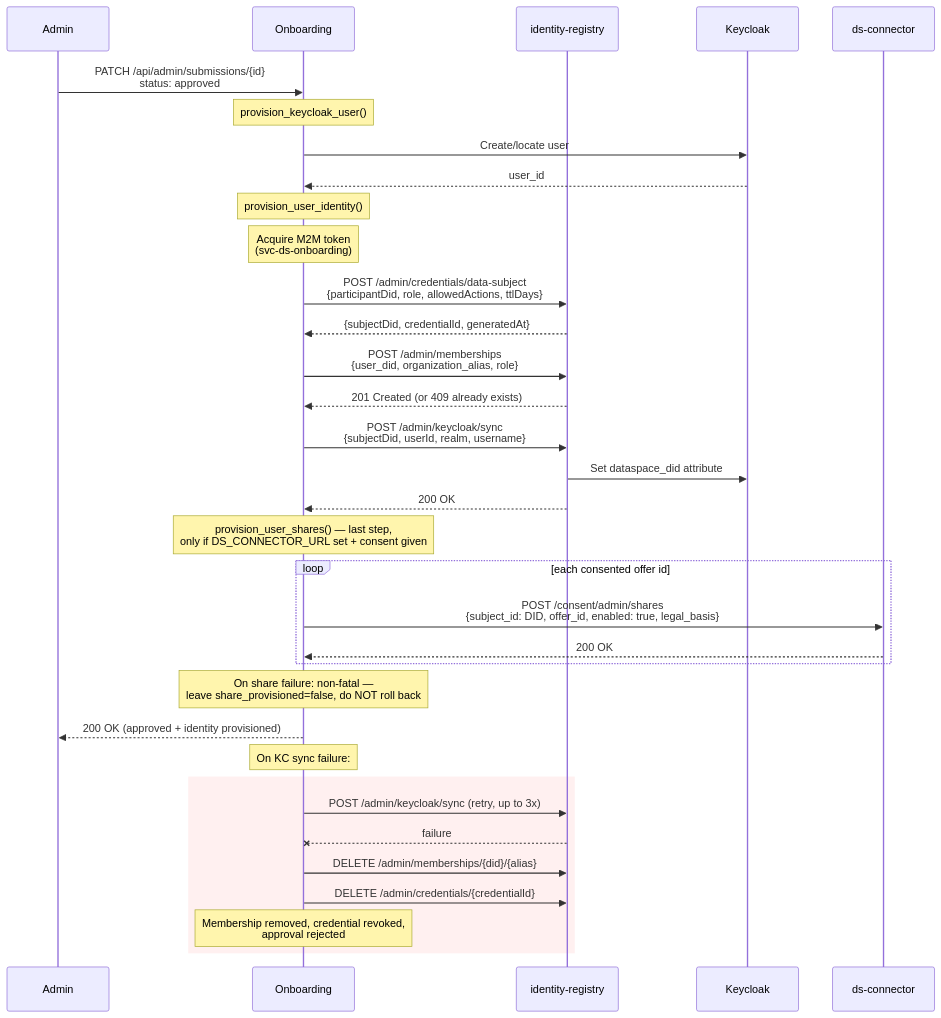
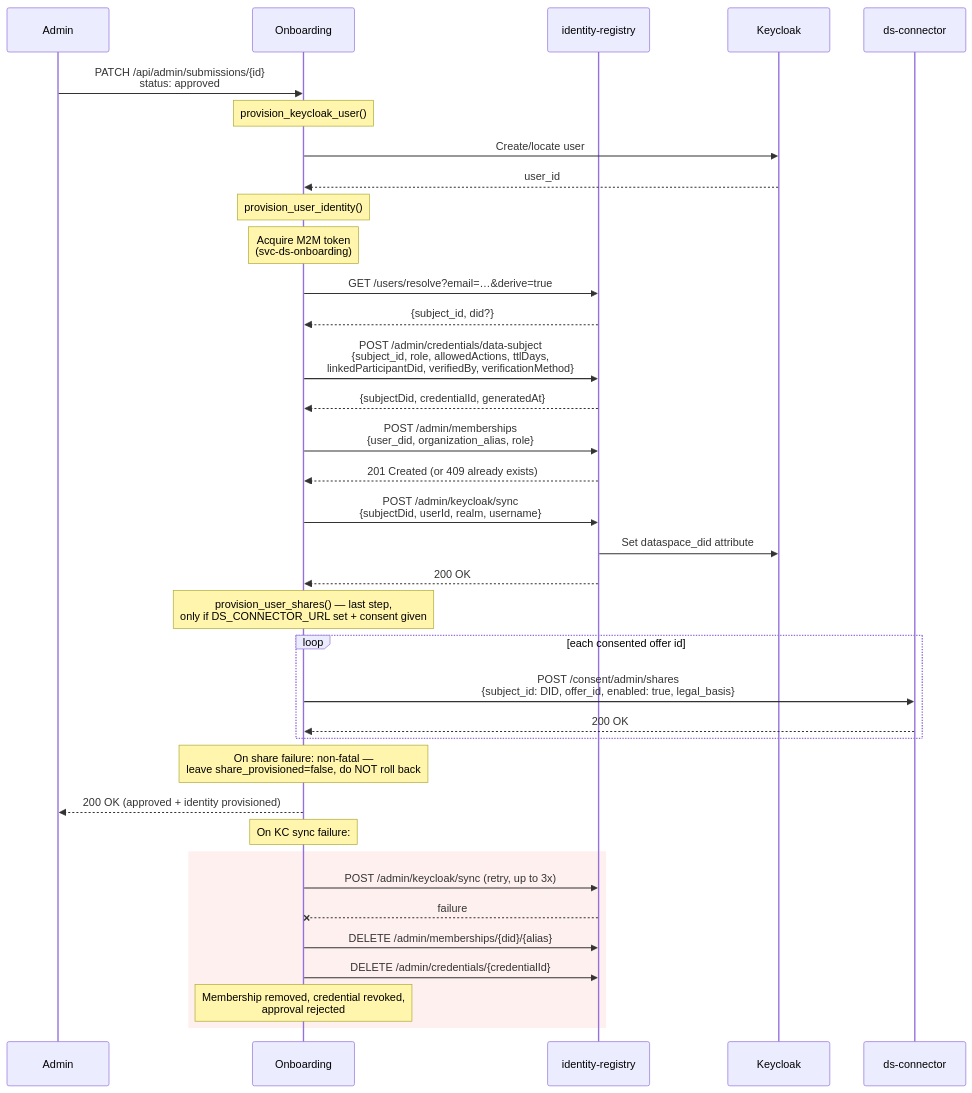
One commit to celine-eu/onboarding changed the diagram in docs/dataspace-integration.md. Above: the diagram before and after it, drawn with Mermaid. The commit also changed other lines of this file and 2 other files, not shown here.

````diff
--- a/docs/dataspace-integration.md
+++ b/docs/dataspace-integration.md
@@ -30,45 +30,48 @@
 ```mermaid
 sequenceDiagram
     participant Admin
     participant Onboarding
     participant IdRegistry as identity-registry
     participant KC as Keycloak
     participant Connector as ds-connector
 
     Admin->>Onboarding: PATCH /api/admin/submissions/{id}<br/>status: approved
 
     Note over Onboarding: provision_keycloak_user()
     Onboarding->>KC: Create/locate user
     KC-->>Onboarding: user_id
 
     Note over Onboarding: provision_user_identity()
 
     Note over Onboarding: Acquire M2M token<br/>(svc-ds-onboarding)
-    Onboarding->>IdRegistry: POST /admin/credentials/data-subject<br/>{participantDid, role, allowedActions, ttlDays}
+    Onboarding->>IdRegistry: GET /users/resolve?email=…&derive=true
+    IdRegistry-->>Onboarding: {subject_id, did?}
+
+    Onboarding->>IdRegistry: POST /admin/credentials/data-subject<br/>{subject_id, role, allowedActions, ttlDays,<br/>linkedParticipantDid, verifiedBy, verificationMethod}
     IdRegistry-->>Onboarding: {subjectDid, credentialId, generatedAt}
 
     Onboarding->>IdRegistry: POST /admin/memberships<br/>{user_did, organization_alias, role}
     IdRegistry-->>Onboarding: 201 Created (or 409 already exists)
 
     Onboarding->>IdRegistry: POST /admin/keycloak/sync<br/>{subjectDid, userId, realm, username}
     IdRegistry->>KC: Set dataspace_did attribute
     IdRegistry-->>Onboarding: 200 OK
 
     Note over Onboarding: provision_user_shares() — last step,<br/>only if DS_CONNECTOR_URL set + consent given
     loop each consented offer id
         Onboarding->>Connector: POST /consent/admin/shares<br/>{subject_id: DID, offer_id, enabled: true, legal_basis}
         Connector-->>Onboarding: 200 OK
     end
     Note over Onboarding: On share failure: non-fatal —<br/>leave share_provisioned=false, do NOT roll back
 
     Onboarding-->>Admin: 200 OK (approved + identity provisioned)
 
     Note over Onboarding: On KC sync failure:
     rect rgb(255, 240, 240)
         Onboarding->>IdRegistry: POST /admin/keycloak/sync (retry, up to 3x)
         IdRegistry--xOnboarding: failure
         Onboarding->>IdRegistry: DELETE /admin/memberships/{did}/{alias}
         Onboarding->>IdRegistry: DELETE /admin/credentials/{credentialId}
         Note over Onboarding: Membership removed, credential revoked,<br/>approval rejected
     end
 ```
````
